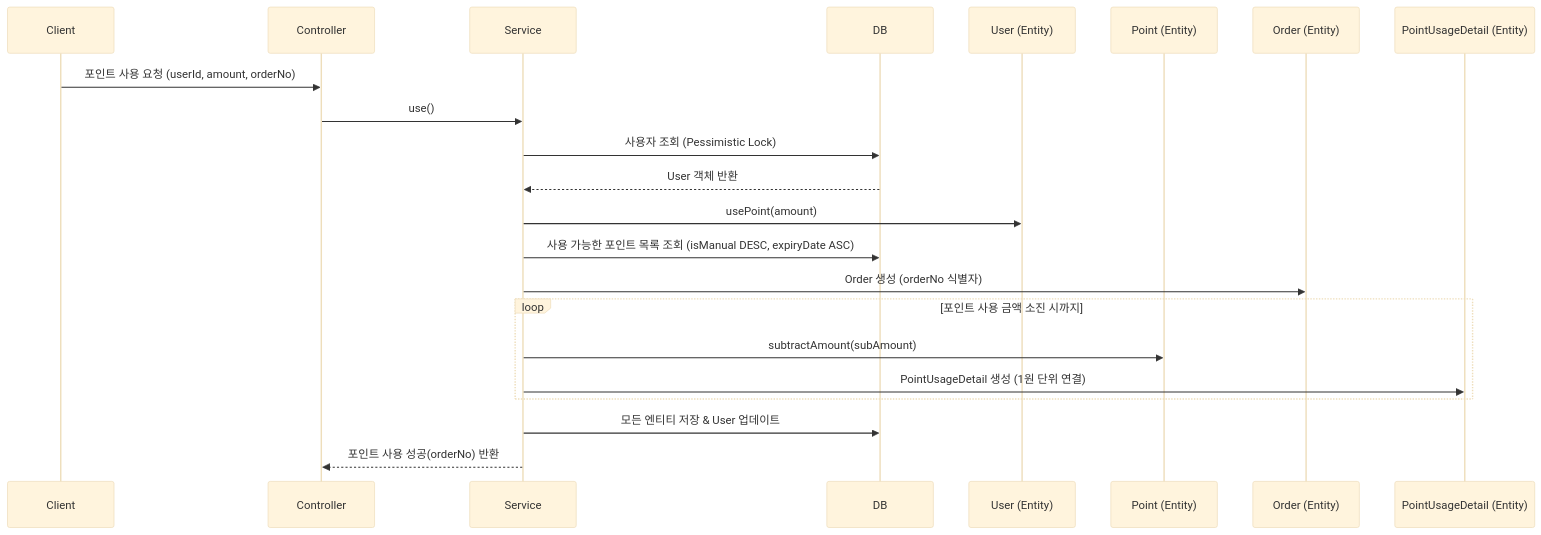
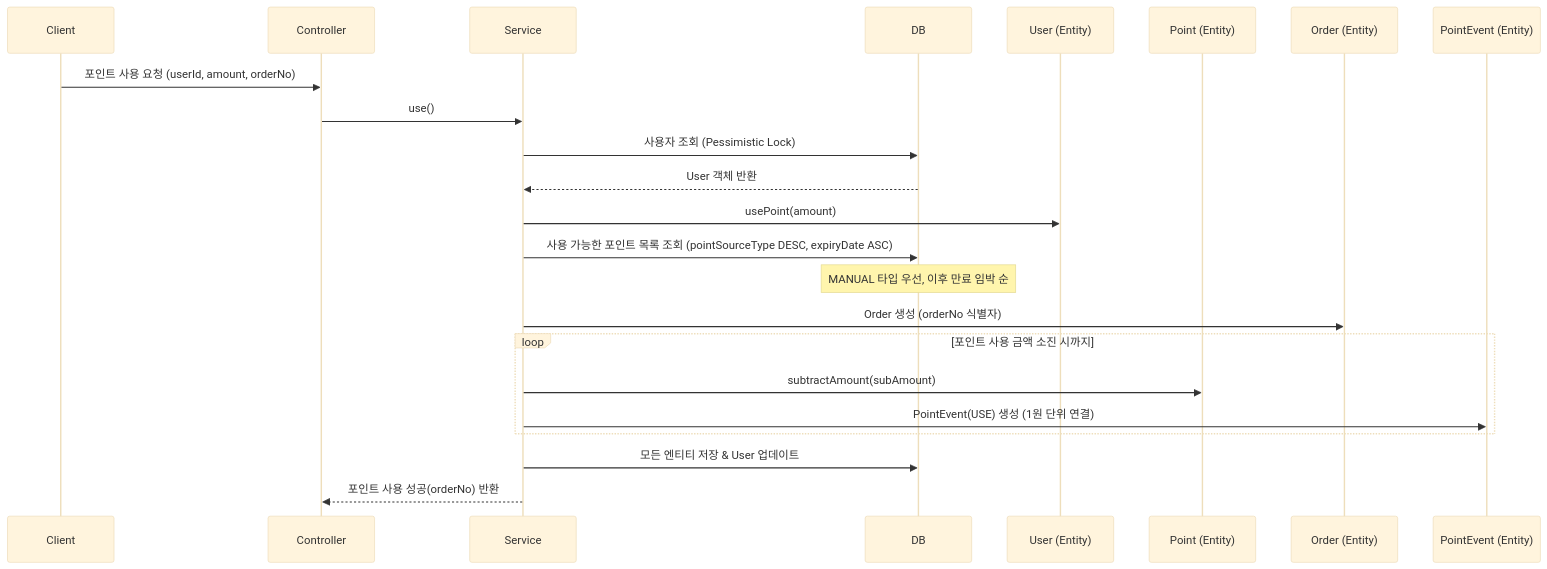
The third of 4 diagrams in README.md (muzzaiwork/point), drawn with Mermaid (base theme) before and after one commit. The commit also changed other lines of this file, not shown here.

Commit message:
README.md 포인트 적립 로직 변경 사항 반영 (pointSourceType, PointEvent, rootPointId)

````diff
--- a/README.md
+++ b/README.md
@@ -263,25 +265,26 @@
 ```mermaid
 sequenceDiagram
     participant Client
     participant Controller
     participant Service
     participant DB
     participant UserEntity as User (Entity)
     participant PointEntity as Point (Entity)
     participant OrderEntity as Order (Entity)
-    participant DetailEntity as PointUsageDetail (Entity)
+    participant EventEntity as PointEvent (Entity)
 
     Client->>Controller: 포인트 사용 요청 (userId, amount, orderNo)
     Controller->>Service: use()
     Service->>DB: 사용자 조회 (Pessimistic Lock)
     DB-->>Service: User 객체 반환
     Service->>UserEntity: usePoint(amount)
-    Service->>DB: 사용 가능한 포인트 목록 조회 (isManual DESC, expiryDate ASC)
+    Service->>DB: 사용 가능한 포인트 목록 조회 (pointSourceType DESC, expiryDate ASC)
+    Note over DB: MANUAL 타입 우선, 이후 만료 임박 순
     Service->>OrderEntity: Order 생성 (orderNo 식별자)
     loop 포인트 사용 금액 소진 시까지
         Service->>PointEntity: subtractAmount(subAmount)
-        Service->>DetailEntity: PointUsageDetail 생성 (1원 단위 연결)
+        Service->>EventEntity: PointEvent(USE) 생성 (1원 단위 연결)
     end
     Service->>DB: 모든 엔티티 저장 & User 업데이트
     Service-->>Controller: 포인트 사용 성공(orderNo) 반환
 ```
````
